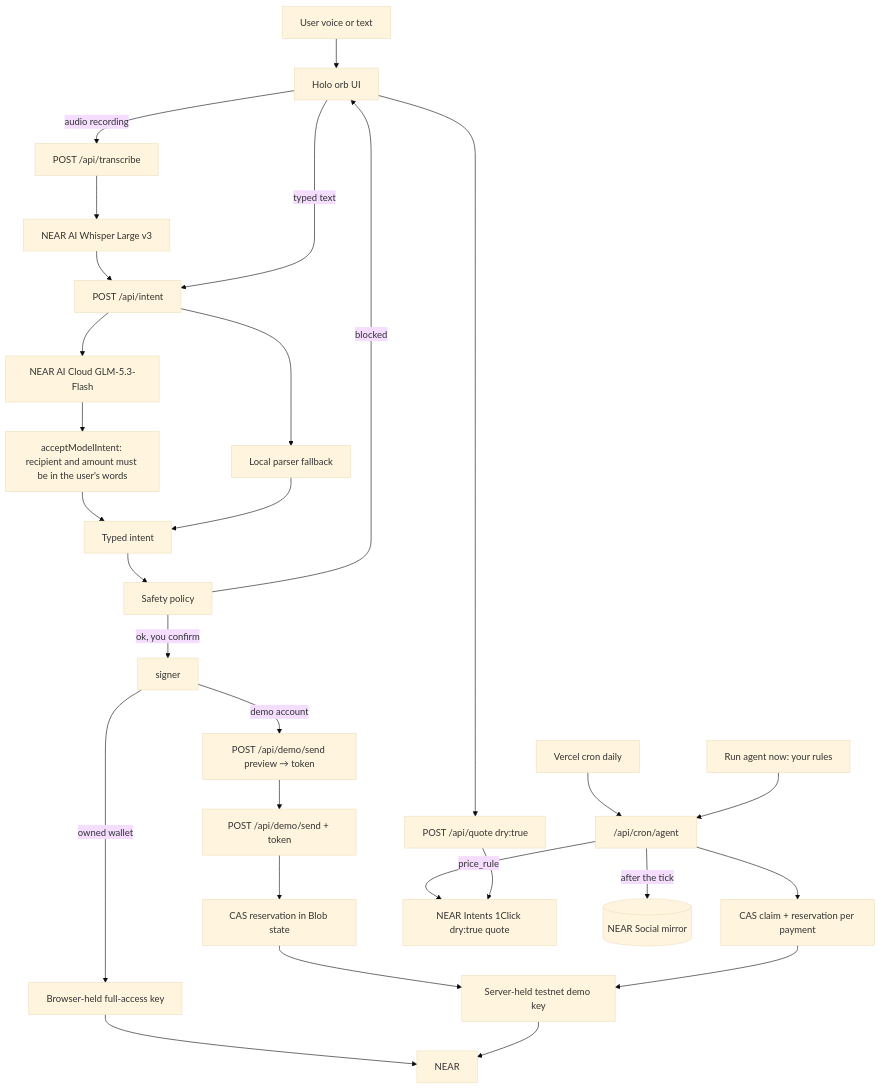
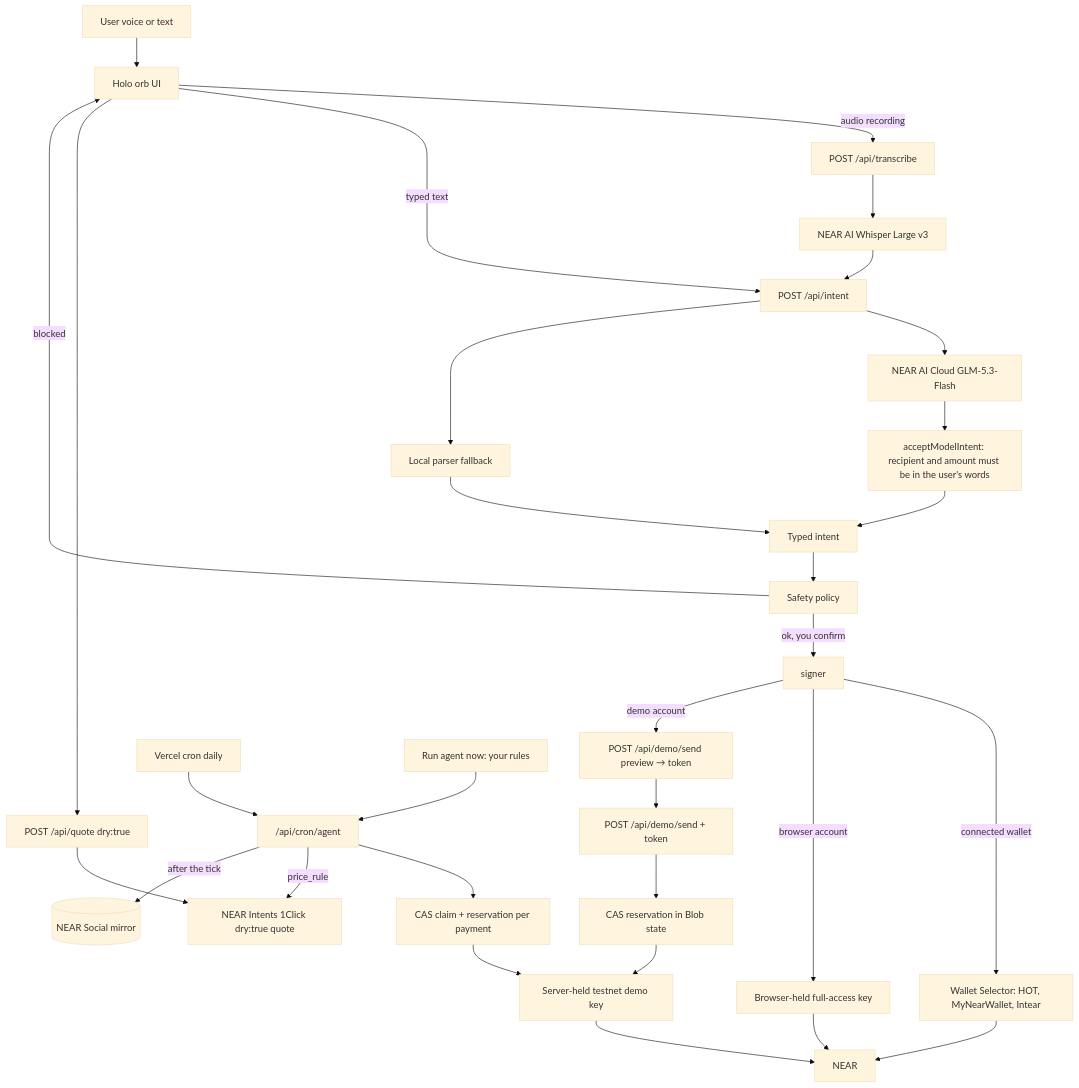
The diagram in docs/ARCHITECTURE.md (KhomDev/vibe-wallet), drawn with Mermaid (base theme) before and after one commit. The commit also changed other lines of this file and 7 other files, not shown here.

````diff
--- a/docs/ARCHITECTURE.md
+++ b/docs/ARCHITECTURE.md
@@ -7,31 +7,33 @@
 ```mermaid
 flowchart TD
   user[User voice or text] --> orb[Holo orb UI]
   orb -->|audio recording| transcribe["POST /api/transcribe"]
   transcribe --> whisper[NEAR AI Whisper Large v3]
   whisper --> intentApi
   orb -->|typed text| intentApi["POST /api/intent"]
   intentApi --> nearai[NEAR AI Cloud GLM-5.3-Flash]
   intentApi --> local[Local parser fallback]
   nearai --> accept[acceptModelIntent: recipient and amount must be in the user's words]
   accept --> intent[Typed intent]
   local --> intent
   intent --> policy[Safety policy]
   policy -->|blocked| orb
   policy -->|ok, you confirm| signer
-  signer -->|owned wallet| browserKey[Browser-held full-access key]
+  signer -->|connected wallet| walletSel[Wallet Selector: HOT, MyNearWallet, Intear]
+  walletSel --> chain
+  signer -->|browser account| browserKey[Browser-held full-access key]
   signer -->|demo account| preview["POST /api/demo/send preview → token"]
   preview --> demoApi["POST /api/demo/send + token"]
   browserKey --> chain[NEAR]
   demoApi --> reserve[CAS reservation in Blob state]
   reserve --> serverKey[Server-held testnet demo key]
   serverKey --> chain
   cron[Vercel cron daily] --> agent["/api/cron/agent"]
   runNow[Run agent now: your rules] --> agent
   agent --> claim[CAS claim + reservation per payment]
   claim --> serverKey
   agent -->|price_rule| intents["NEAR Intents 1Click dry:true quote"]
   agent -->|after the tick| social[(NEAR Social mirror)]
   orb --> quoteApi["POST /api/quote dry:true"]
   quoteApi --> intents
 ```
````
